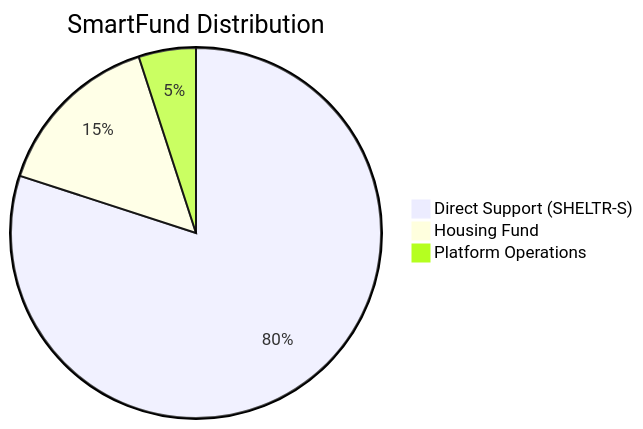
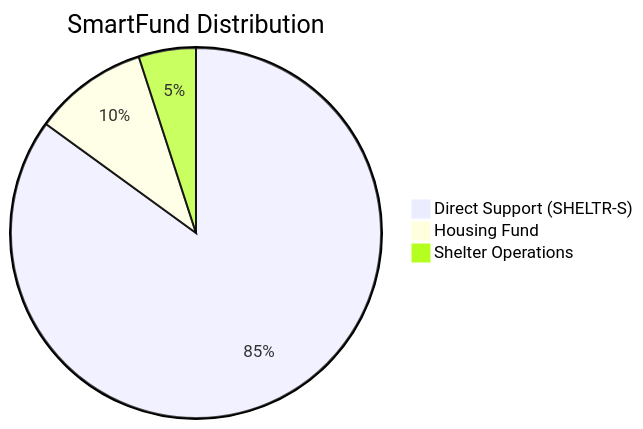
One commit to mrj0nesmtl/sheltr-ai changed the first of 2 diagrams in docs/02-architecture/tokenomics/sheltr-tokenomics.md. Above: the diagram before and after it, drawn with Mermaid. The commit also changed other lines of this file and 27 other files, not shown here.

````diff
--- a/docs/02-architecture/tokenomics/sheltr-tokenomics.md
+++ b/docs/02-architecture/tokenomics/sheltr-tokenomics.md
@@ -63,6 +63,6 @@
 ```mermaid
 pie title SmartFund Distribution
-    "Direct Support (SHELTR-S)" : 80
-    "Housing Fund" : 15
-    "Platform Operations" : 5
+    "Direct Support (SHELTR-S)" : 85
+    "Housing Fund" : 10
+    "Shelter Operations" : 5
 ```
````
